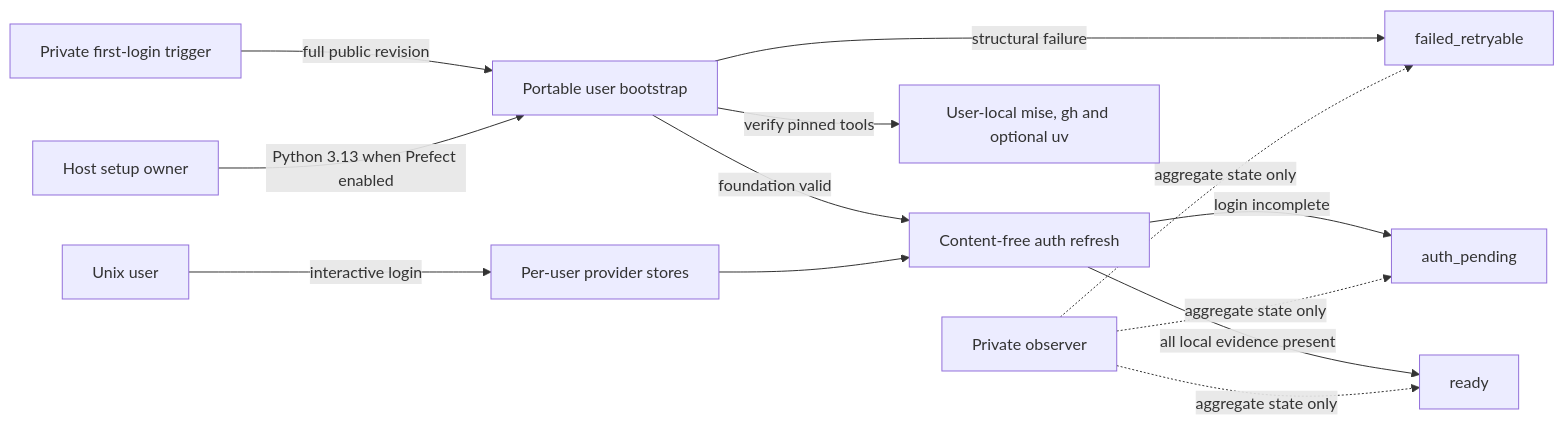
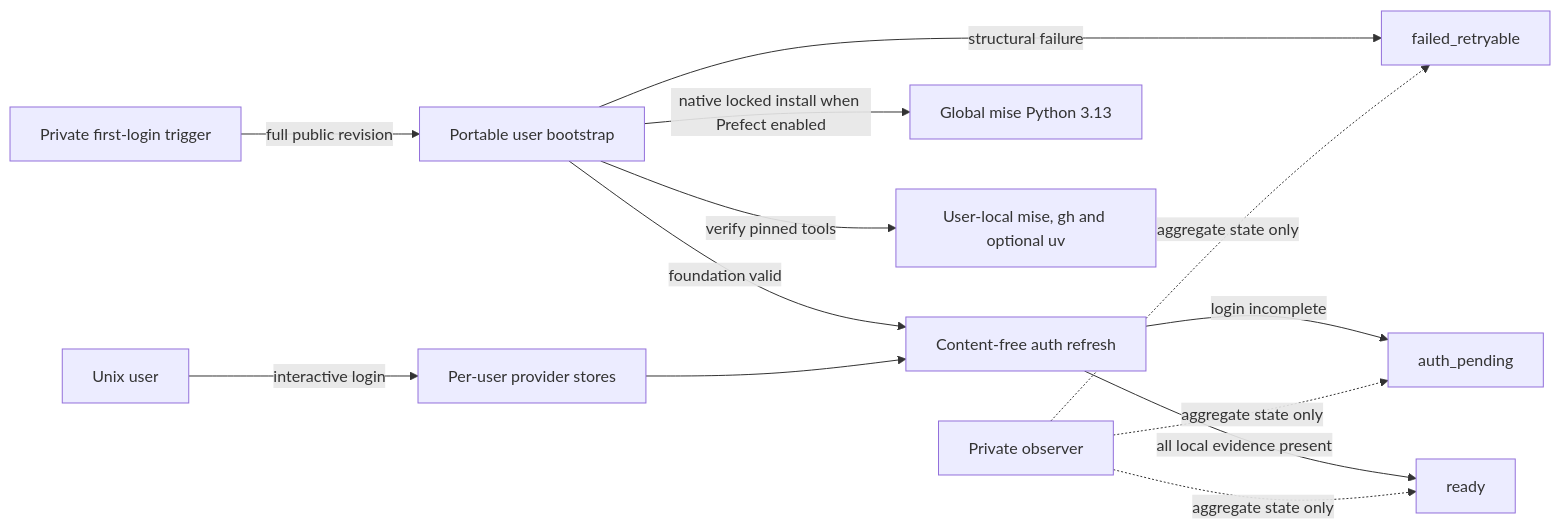
Before and after one commit to Saltiola7/dotfiles-ai: the diagram in docs/specs/dotfiles_ai_distribution/features/remote-user-rollout-runtime.md, drawn with Mermaid. The commit also changed other lines of this file and 23 other files, not shown here.

First line of the commit message:
feat(remote): own optional Python through mise

````diff
--- a/docs/specs/dotfiles_ai_distribution/features/remote-user-rollout-runtime.md
+++ b/docs/specs/dotfiles_ai_distribution/features/remote-user-rollout-runtime.md
@@ -471,17 +472,17 @@
 ```mermaid
 flowchart LR
     accTitle: Portable rollout runtime ownership and state
     accDescr: Public dotfiles-ai bootstraps one user-owned revision, verifies pinned tools, and refreshes content-free state. Private infrastructure provides the host Python prerequisite, triggers and aggregates. Users perform interactive authentication themselves.
     I[Private first-login trigger] -->|full public revision| B[Portable user bootstrap]
     B -->|structural failure| F[failed_retryable]
     B -->|foundation valid| R[Content-free auth refresh]
-    H[Host setup owner] -->|Python 3.13 when Prefect enabled| B
+    B -->|native locked install when Prefect enabled| H[Global mise Python 3.13]
     B -->|verify pinned tools| T[User-local mise, gh and optional uv]
     R -->|login incomplete| P[auth_pending]
     R -->|all local evidence present| D[ready]
     U[Unix user] -->|interactive login| A[Per-user provider stores]
     A --> R
     O[Private observer] -. aggregate state only .-> F
     O -. aggregate state only .-> P
     O -. aggregate state only .-> D
 ```
````
